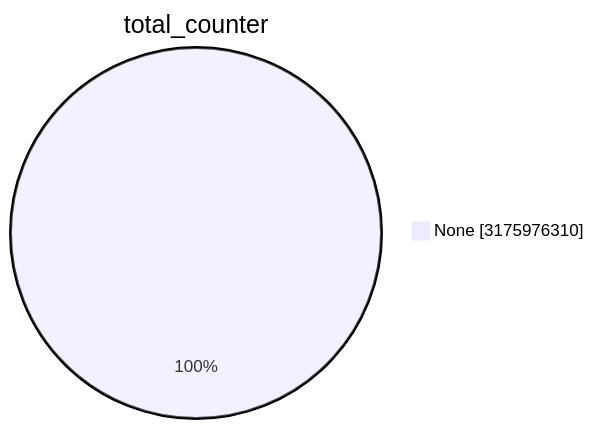
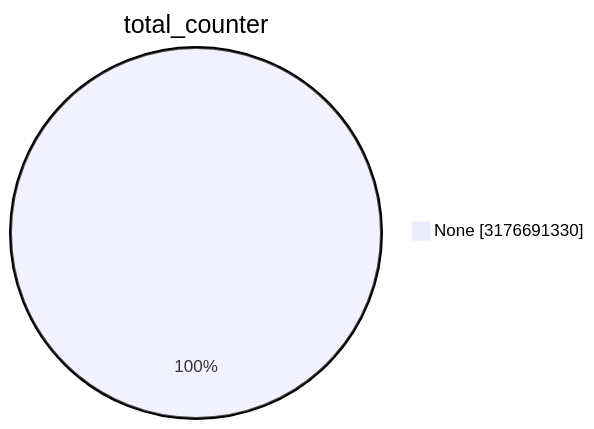
Before and after one commit to christiankrug/ctmonitor_visualization: the first of 15 diagrams in TOTAL/README.md, drawn with Mermaid. The commit also changed other lines of this file, not shown here.

````diff
--- a/TOTAL/README.md
+++ b/TOTAL/README.md
@@ -1,5 +1,5 @@
 ```mermaid
 pie showData
 title total_counter
-"None" :3175976310
+"None" :3176691330
 ```
````
